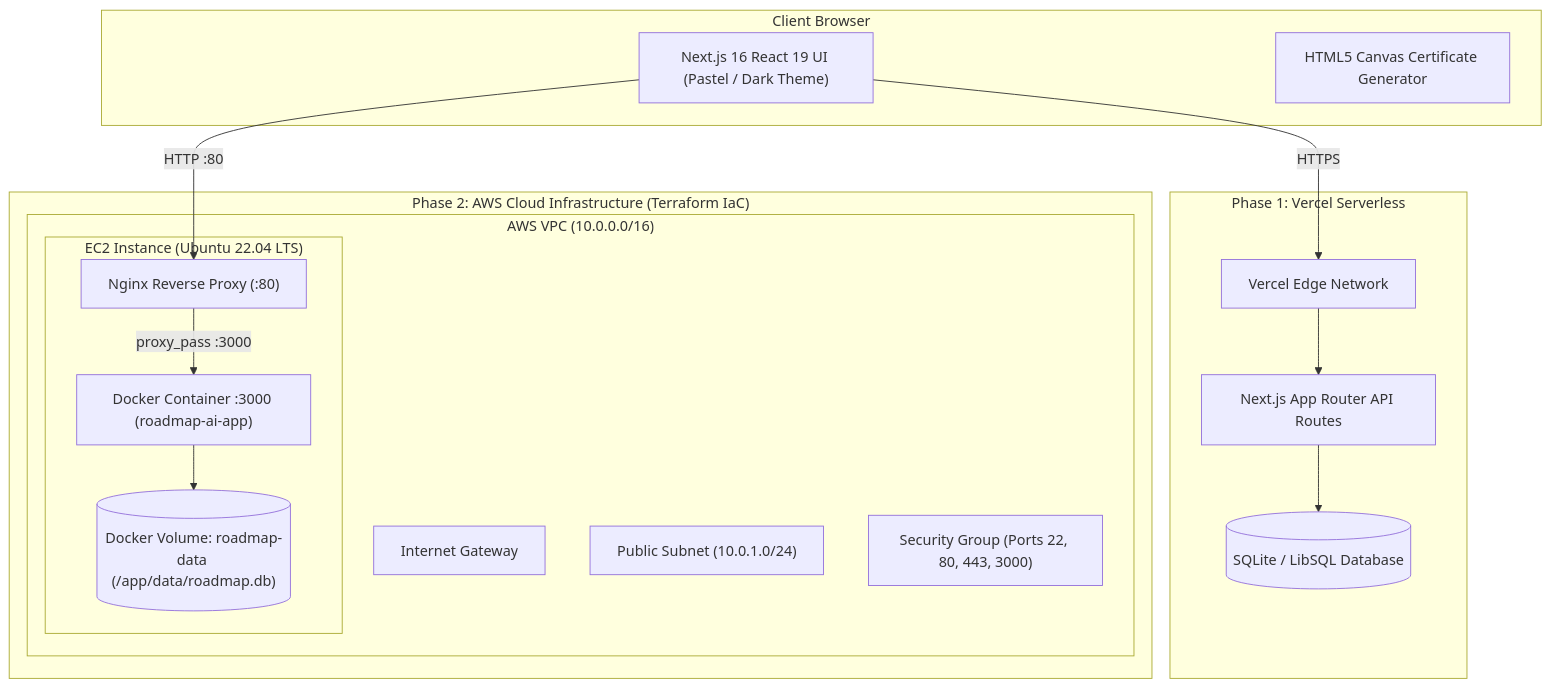
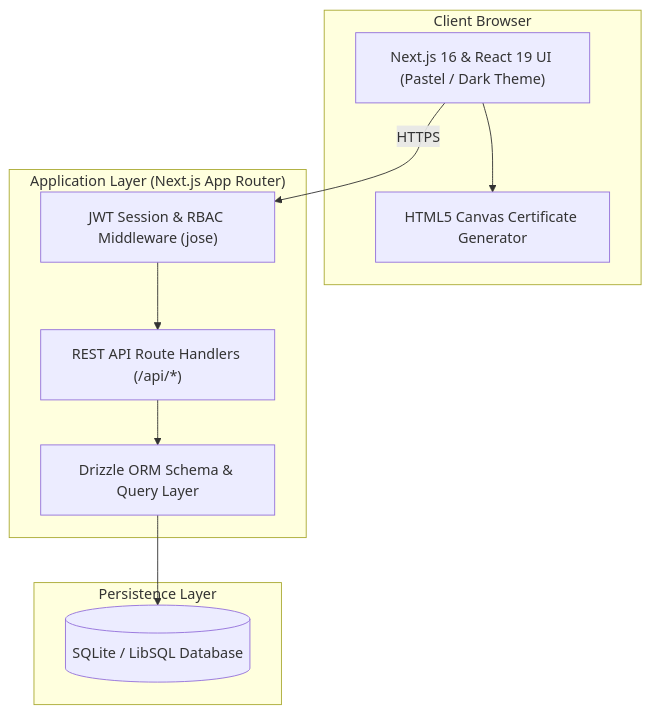
Before and after one commit to Aangi-Shah1234/roadmap.ai: the first of 2 diagrams in README.md, drawn with Mermaid. The commit also changed other lines of this file, not shown here.

Commit message:
docs(readme): remove phase labels, emojis, and demo credentials

````diff
--- a/README.md
+++ b/README.md
@@ -53,29 +45,20 @@
 ```mermaid
 flowchart TD
     subgraph Client["Client Browser"]
-        UI["Next.js 16 React 19 UI (Pastel / Dark Theme)"]
+        UI["Next.js 16 & React 19 UI (Pastel / Dark Theme)"]
         Cert["HTML5 Canvas Certificate Generator"]
     end
 
-    subgraph Phase1["Phase 1: Vercel Serverless"]
-        Edge["Vercel Edge Network"]
-        NextAPI["Next.js App Router API Routes"]
-        LibSQL[("SQLite / LibSQL Database")]
+    subgraph App["Application Layer (Next.js App Router)"]
+        Auth["JWT Session & RBAC Middleware (jose)"]
+        API["REST API Route Handlers (/api/*)"]
+        ORM["Drizzle ORM Schema & Query Layer"]
     end
 
-    subgraph Phase2["Phase 2: AWS Cloud Infrastructure (Terraform IaC)"]
-        subgraph VPC["AWS VPC (10.0.0.0/16)"]
-            IGW["Internet Gateway"]
-            Subnet["Public Subnet (10.0.1.0/24)"]
-            SG["Security Group (Ports 22, 80, 443, 3000)"]
-            subgraph EC2["EC2 Instance (Ubuntu 22.04 LTS)"]
-                Nginx["Nginx Reverse Proxy (:80)"]
-                Docker["Docker Container :3000 (roadmap-ai-app)"]
-                Volume[("Docker Volume: roadmap-data (/app/data/roadmap.db)")]
-            end
-        end
+    subgraph Data["Persistence Layer"]
+        DB[("SQLite / LibSQL Database")]
     end
 
-    UI -->|HTTPS| Edge --> NextAPI --> LibSQL
-    UI -->|HTTP :80| Nginx -->|proxy_pass :3000| Docker --> Volume
+    UI -->|HTTPS| Auth --> API --> ORM --> DB
+    UI --> Cert
 ```
````
